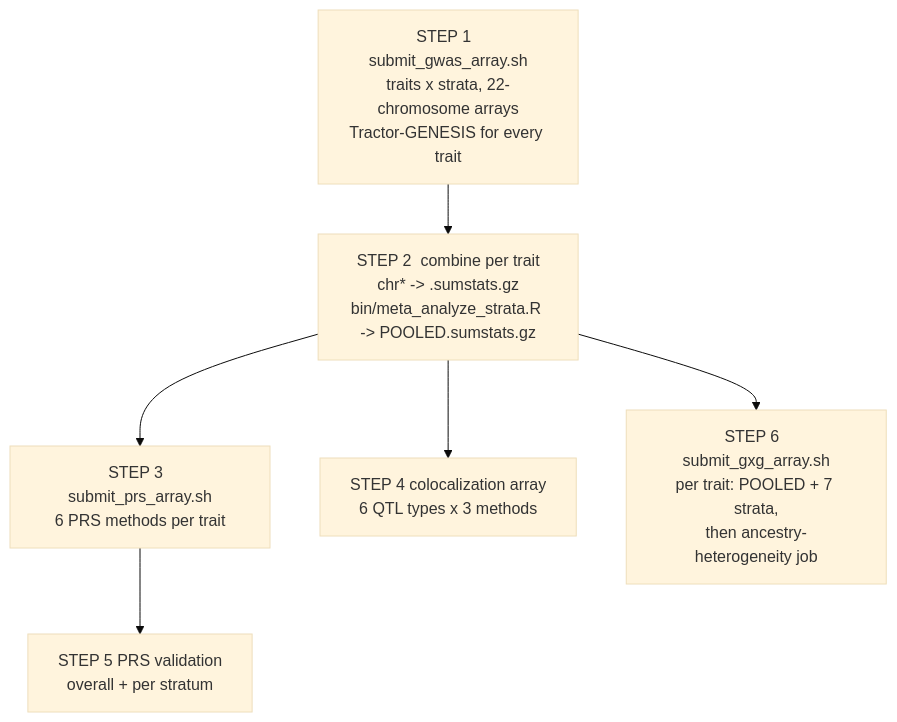
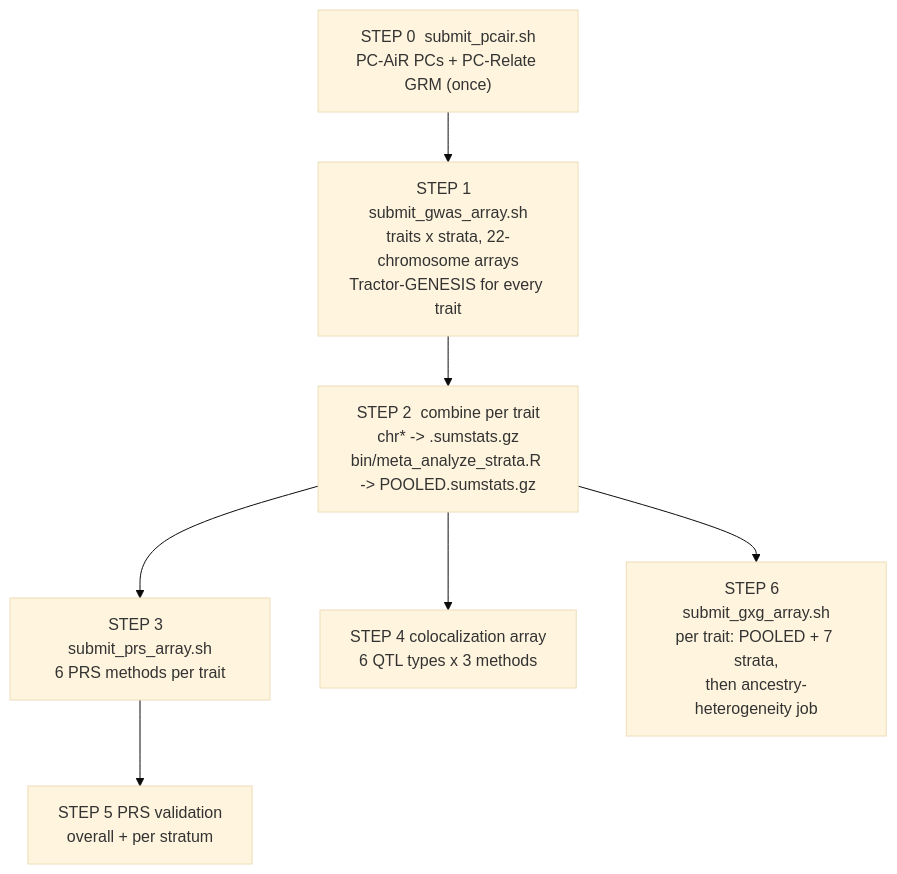
The fourth of 4 diagrams in docs/WORKFLOW.md (chrisrob3312/Nextflow_GWAS_pipeline), drawn with Mermaid (base theme) before and after one commit. The commit also changed other lines of this file and 17 other files, not shown here.

````diff
--- a/docs/WORKFLOW.md
+++ b/docs/WORKFLOW.md
@@ -155,13 +161,15 @@
 ```mermaid
 flowchart TD
+    S0["STEP 0  submit_pcair.sh<br/>PC-AiR PCs + PC-Relate GRM (once)"]
     S1["STEP 1  submit_gwas_array.sh<br/>traits x strata, 22-chromosome arrays<br/>Tractor-GENESIS for every trait"]
+    S0 --> S1
     S2["STEP 2  combine per trait<br/>chr* -> <stratum>.sumstats.gz<br/>bin/meta_analyze_strata.R -> POOLED.sumstats.gz"]
     S3["STEP 3  submit_prs_array.sh<br/>6 PRS methods per trait"]
     S4["STEP 4  colocalization array<br/>6 QTL types x 3 methods"]
     S5["STEP 5  PRS validation<br/>overall + per stratum"]
     S6["STEP 6  submit_gxg_array.sh<br/>per trait: POOLED + 7 strata,<br/>then ancestry-heterogeneity job"]
     S1 --> S2
     S2 --> S3 --> S5
     S2 --> S4
     S2 --> S6
 ```
````
